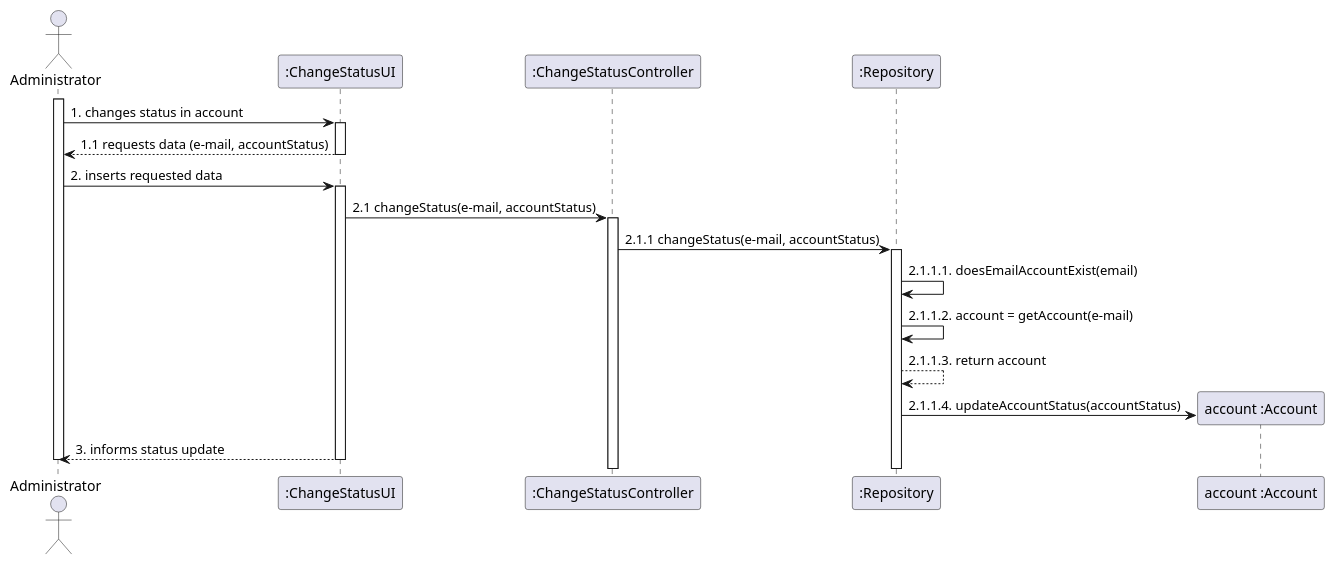
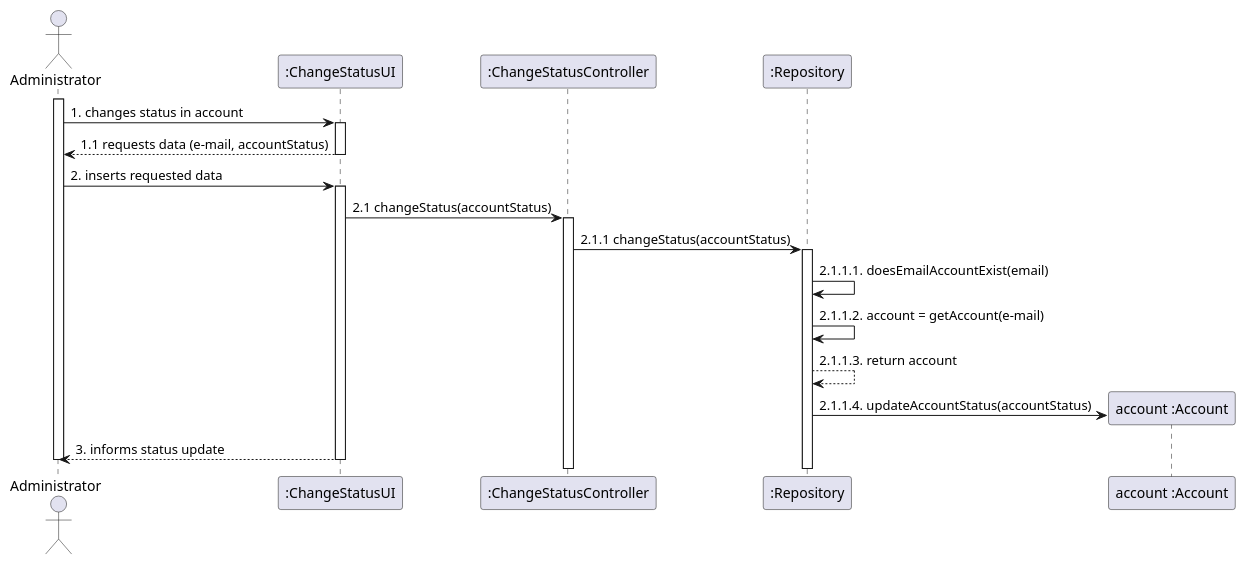
Before and after one commit to Loracline/project_switch_22-23: the diagram in docs/modelling_design/user_stories/us005/US005_Sequence_Diagram.puml, drawn with PlantUML. The commit also changed 13 other files, not shown here.

First line of the commit message:
US005,006: Development -ChangeStatusController and respective tests;  -Refinement of class and sequence diagram.

```diff
--- a/docs/modelling_design/user_stories/us005/US005_Sequence_Diagram.puml
+++ b/docs/modelling_design/user_stories/us005/US005_Sequence_Diagram.puml
@@ -2,29 +2,30 @@
 @startuml
+
 
 actor "Administrator"
 participant ":ChangeStatusUI" as caUi
 participant ":ChangeStatusController" as cac
 participant ":Repository" as repository
 participant "account :Account" as account
 
 activate Administrator
 Administrator  -> caUi : 1. changes status in account
 activate caUi
 caUi --> Administrator: 1.1 requests data (e-mail, accountStatus)
 deactivate caUi
 Administrator -> caUi: 2. inserts requested data
 activate caUi
-caUi -> cac: 2.1 changeStatus(e-mail, accountStatus)
+caUi -> cac: 2.1 changeStatus(accountStatus)
 activate cac
-cac -> repository: 2.1.1 changeStatus(e-mail, accountStatus)
+cac -> repository: 2.1.1 changeStatus(accountStatus)
 activate repository
 repository -> repository: 2.1.1.1. doesEmailAccountExist(email)
 repository -> repository: 2.1.1.2. account = getAccount(e-mail)
 repository --> repository: 2.1.1.3. return account
 create account
 repository -> account :2.1.1.4. updateAccountStatus(accountStatus)
 caUi--> Administrator: 3. informs status update
 deactivate Administrator
 deactivate caUi
 
 @enduml
```
